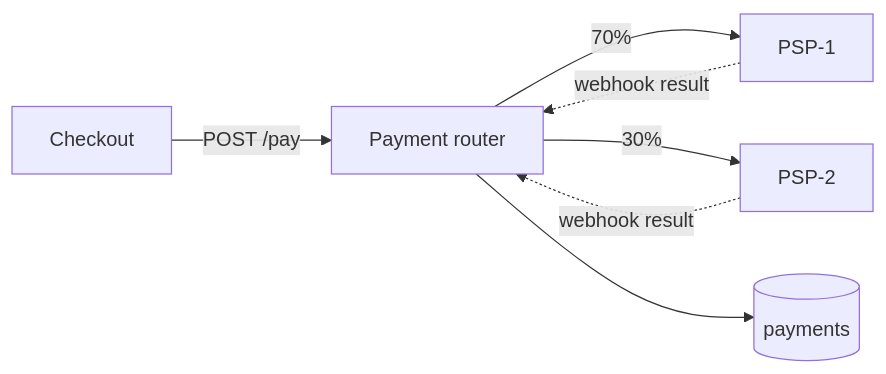
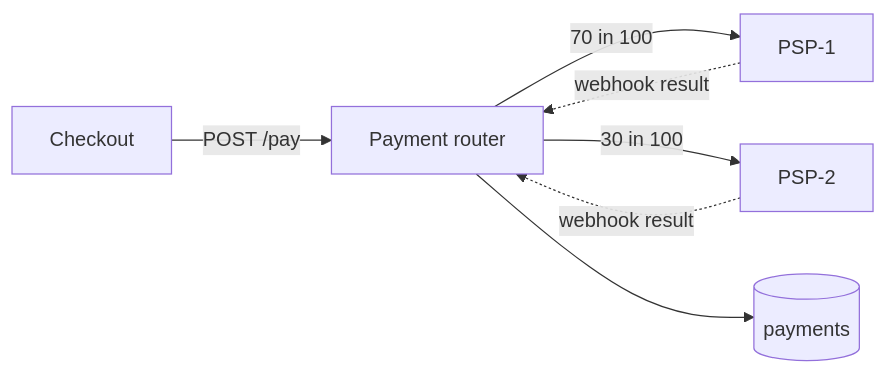
One commit to apsy3677/Study changed the fifth of 5 diagrams in Agoda-Staff-BE-Prep/02-Platform-Round/07-Mocks.md. Above: the diagram before and after it, drawn with Mermaid. The commit also changed other lines of this file and 4 other files, not shown here.

Commit message:
Add interview numbers sheet, Mock 1 answer diagrams and S5 key; fix Mock 3 diagram; log Mock 1

````diff
--- a/Agoda-Staff-BE-Prep/02-Platform-Round/07-Mocks.md
+++ b/Agoda-Staff-BE-Prep/02-Platform-Round/07-Mocks.md
@@ -98,9 +180,9 @@
 ```mermaid
 flowchart LR
     CO[Checkout] -->|POST /pay| R[Payment router]
-    R -->|70%| P1[PSP-1]
-    R -->|30%| P2[PSP-2]
+    R -->|"70 in 100"| P1[PSP-1]
+    R -->|"30 in 100"| P2[PSP-2]
     P1 -.->|webhook result| R
     P2 -.->|webhook result| R
     R --> DB[(payments)]
 ```
````
